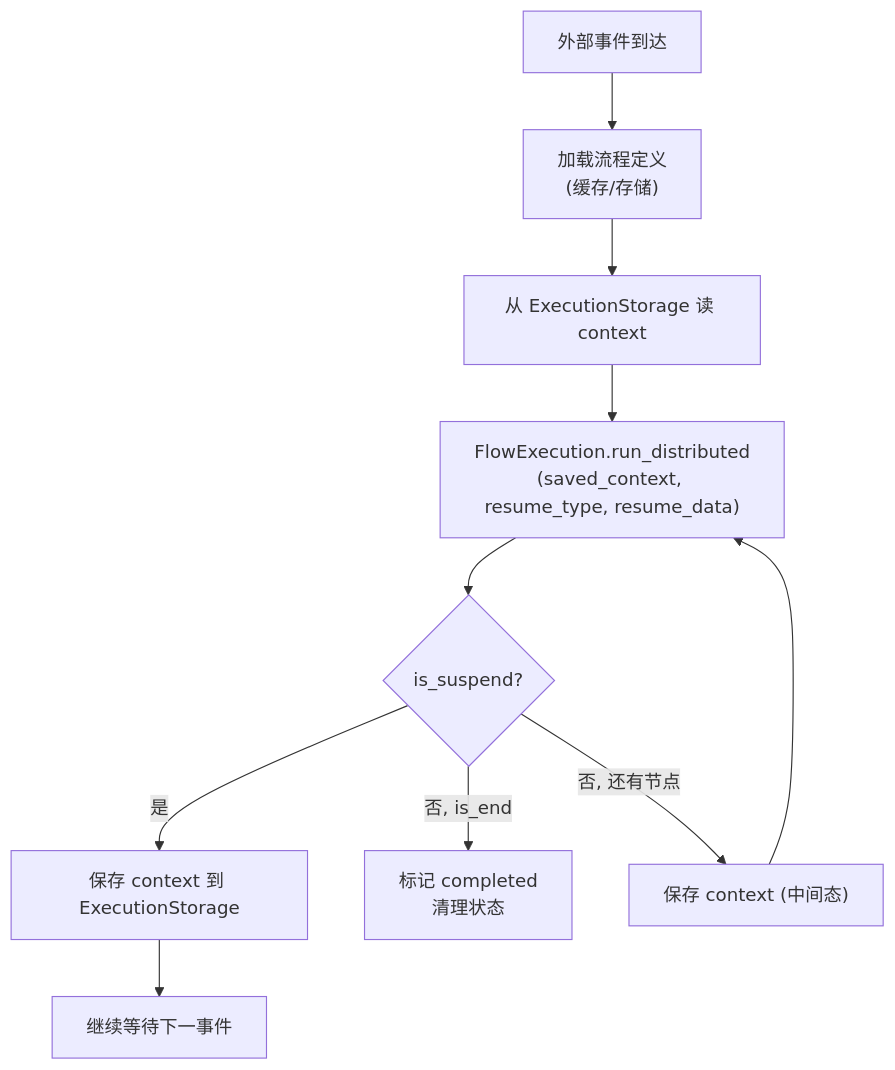
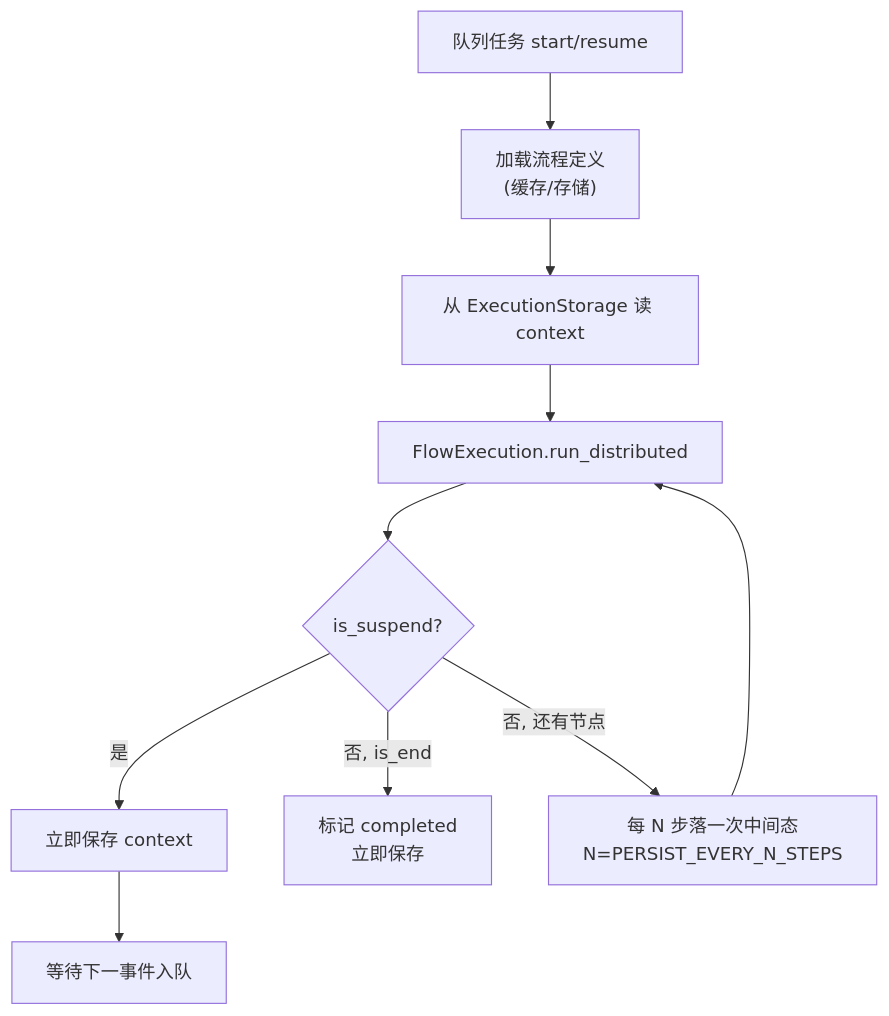
The diagram in docs-site/docs/distributed/flow-worker.md (jeffkit/plaita), drawn with Mermaid before and after one commit. The commit also changed other lines of this file and 12 other files, not shown here.

First line of the commit message:
docs: document Distributed/FlowWorker reliability as at-most-once

````diff
--- a/docs-site/docs/distributed/flow-worker.md
+++ b/docs-site/docs/distributed/flow-worker.md
@@ -44,12 +61,12 @@
 ```mermaid
 flowchart TD
-    Start["外部事件到达"] --> Load["加载流程定义<br/>(缓存/存储)"]
+    Start["队列任务 start/resume"] --> Load["加载流程定义<br/>(缓存/存储)"]
     Load --> LoadState["从 ExecutionStorage 读 context"]
-    LoadState --> Run["FlowExecution.run_distributed<br/>(saved_context, resume_type, resume_data)"]
+    LoadState --> Run["FlowExecution.run_distributed"]
     Run --> Suspend{"is_suspend?"}
-    Suspend -- 是 --> Save["保存 context 到 ExecutionStorage"]
-    Save --> Wait["继续等待下一事件"]
-    Suspend -- 否, is_end --> Done["标记 completed<br/>清理状态"]
-    Suspend -- 否, 还有节点 --> Save2["保存 context (中间态)"]
-    Save2 --> Run
+    Suspend -- 是 --> Save["立即保存 context"]
+    Save --> Wait["等待下一事件入队"]
+    Suspend -- 否, is_end --> Done["标记 completed<br/>立即保存"]
+    Suspend -- 否, 还有节点 --> Maybe["每 N 步落一次中间态<br/>N=PERSIST_EVERY_N_STEPS"]
+    Maybe --> Run
 ```
````
